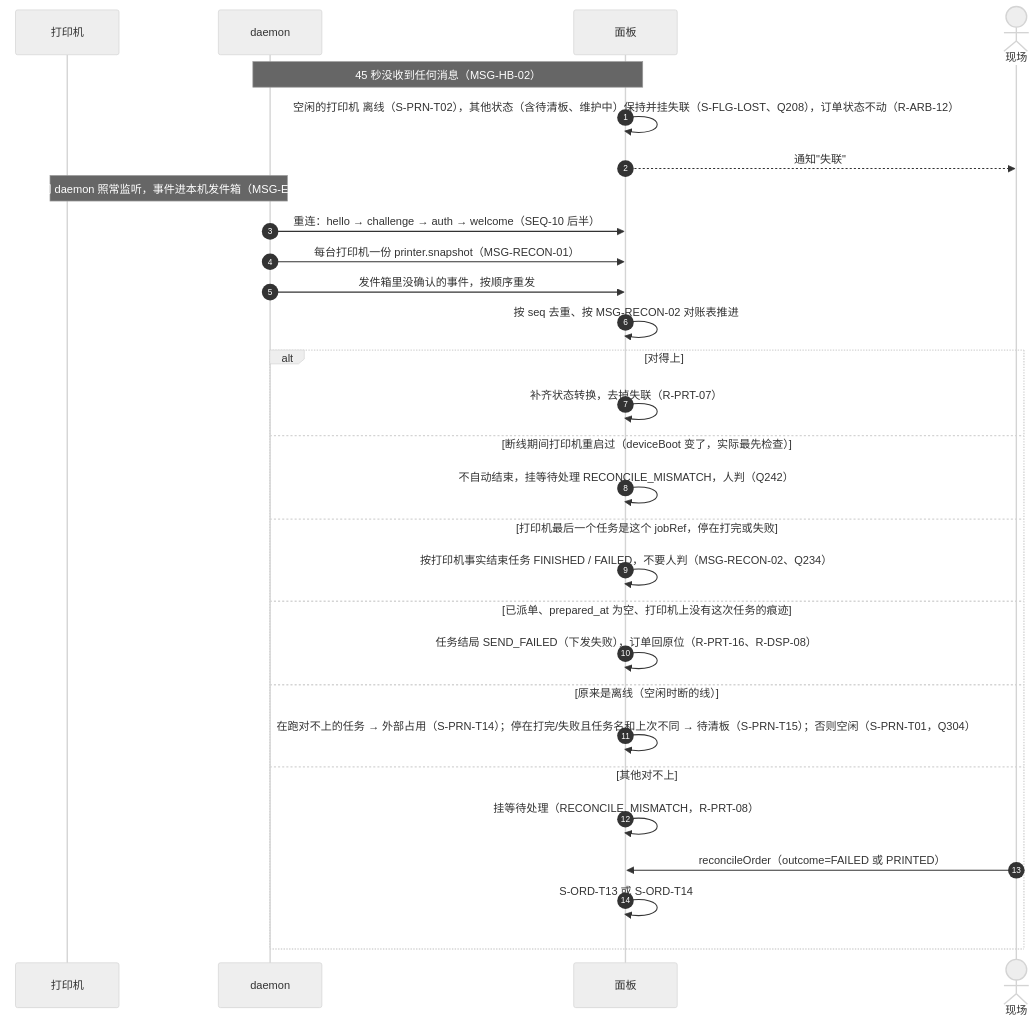
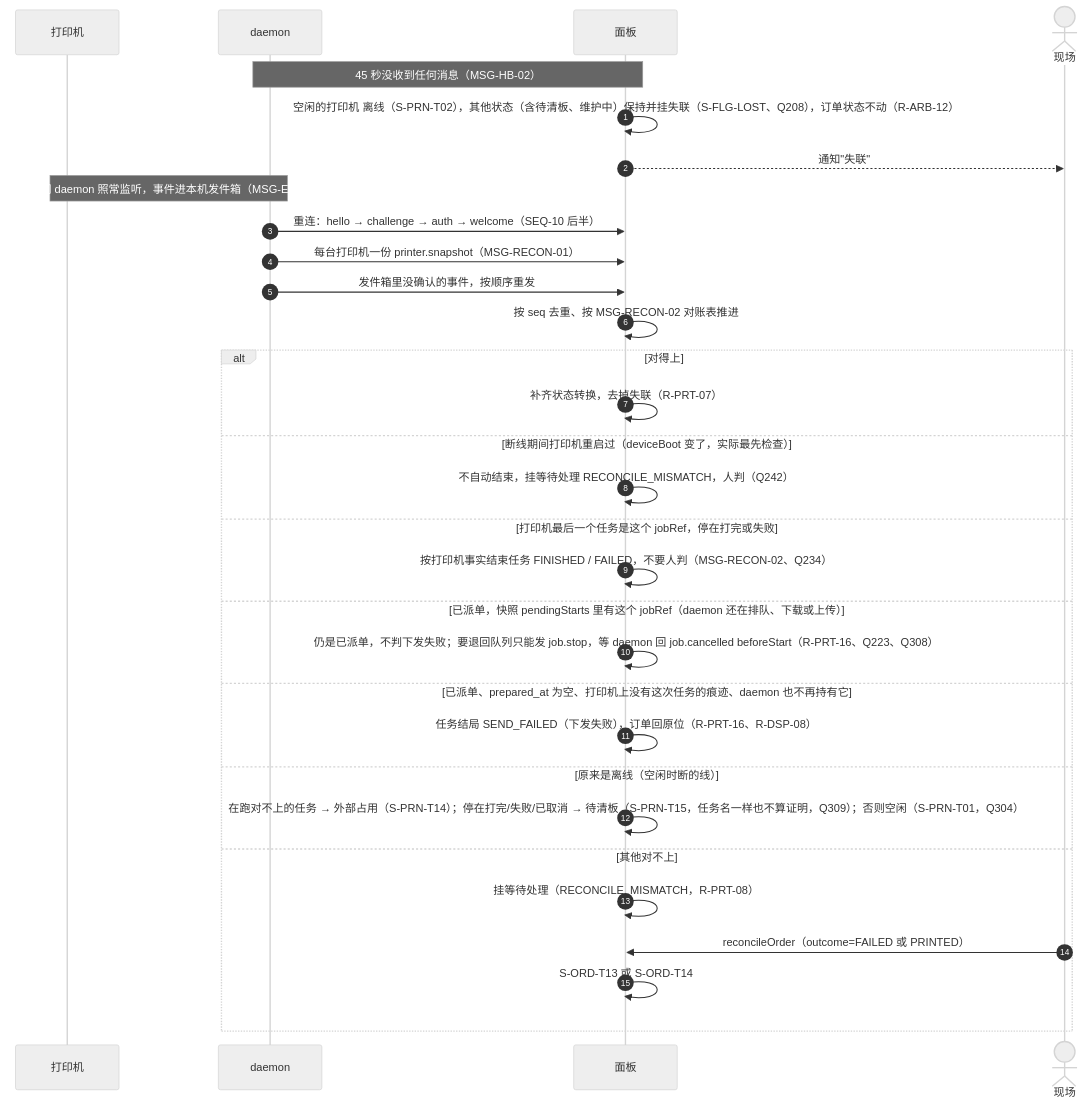
The sixth of 11 diagrams in docs/design/03-sequences.md (PlateRelay/PlateRelay), drawn with Mermaid (neutral theme) before and after one commit. The commit also changed other lines of this file, not shown here.

Commit message:
docs(design): align stop and reconcile sequences with expectedJobId and offline finish rules
Claude-Session: https://claude.ai/code/session_012TmsB2UUV3GMJ8Hk98n5y7

````diff
--- a/docs/design/03-sequences.md
+++ b/docs/design/03-sequences.md
@@ -246,31 +247,33 @@
 ```mermaid
 sequenceDiagram
   autonumber
   participant R as 打印机
   participant D as daemon
   participant P as 面板
   actor S as 现场
   Note over D,P: 45 秒没收到任何消息（MSG-HB-02）
   P->>P: 空闲的打印机 离线（S-PRN-T02），其他状态（含待清板、维护中）保持并挂失联（S-FLG-LOST、Q208），订单状态不动（R-ARB-12）
   P-->>S: 通知"失联"
   Note over R,D: 断线期间 daemon 照常监听，事件进本机发件箱（MSG-ENV-03）
   D->>P: 重连：hello → challenge → auth → welcome（SEQ-10 后半）
   D->>P: 每台打印机一份 printer.snapshot（MSG-RECON-01）
   D->>P: 发件箱里没确认的事件，按顺序重发
   P->>P: 按 seq 去重、按 MSG-RECON-02 对账表推进
   alt 对得上
     P->>P: 补齐状态转换，去掉失联（R-PRT-07）
   else 断线期间打印机重启过（deviceBoot 变了，实际最先检查）
     P->>P: 不自动结束，挂等待处理 RECONCILE_MISMATCH，人判（Q242）
   else 打印机最后一个任务是这个 jobRef，停在打完或失败
     P->>P: 按打印机事实结束任务 FINISHED / FAILED，不要人判（MSG-RECON-02、Q234）
-  else 已派单、prepared_at 为空、打印机上没有这次任务的痕迹
+  else 已派单，快照 pendingStarts 里有这个 jobRef（daemon 还在排队、下载或上传）
+    P->>P: 仍是已派单，不判下发失败；要退回队列只能发 job.stop，等 daemon 回 job.cancelled beforeStart（R-PRT-16、Q223、Q308）
+  else 已派单、prepared_at 为空、打印机上没有这次任务的痕迹、daemon 也不再持有它
     P->>P: 任务结局 SEND_FAILED（下发失败），订单回原位（R-PRT-16、R-DSP-08）
   else 原来是离线（空闲时断的线）
-    P->>P: 在跑对不上的任务 → 外部占用（S-PRN-T14）；停在打完/失败且任务名和上次不同 → 待清板（S-PRN-T15）；否则空闲（S-PRN-T01，Q304）
+    P->>P: 在跑对不上的任务 → 外部占用（S-PRN-T14）；停在打完/失败/已取消 → 待清板（S-PRN-T15，任务名一样也不算证明，Q309）；否则空闲（S-PRN-T01，Q304）
   else 其他对不上
     P->>P: 挂等待处理（RECONCILE_MISMATCH，R-PRT-08）
     S->>P: reconcileOrder（outcome=FAILED 或 PRINTED）
     P->>P: S-ORD-T13 或 S-ORD-T14
   end
 ```
````
